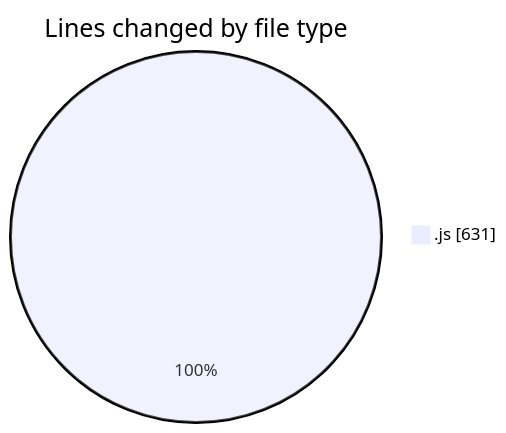
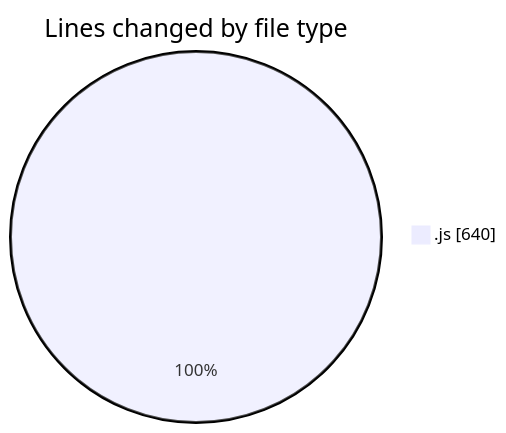
One commit to momahboobian/code-tracking changed the first of 2 diagrams in 2025-02-04/cda/README.md. Above: the diagram before and after it, drawn with Mermaid. The commit also changed other lines of this file and 1 other file, not shown here.

````diff
--- a/2025-02-04/cda/README.md
+++ b/2025-02-04/cda/README.md
@@ -22,5 +22,5 @@
 ```mermaid
 pie showData
 title Lines changed by file type
-".js" : 631
+".js" : 640
 ```
````
